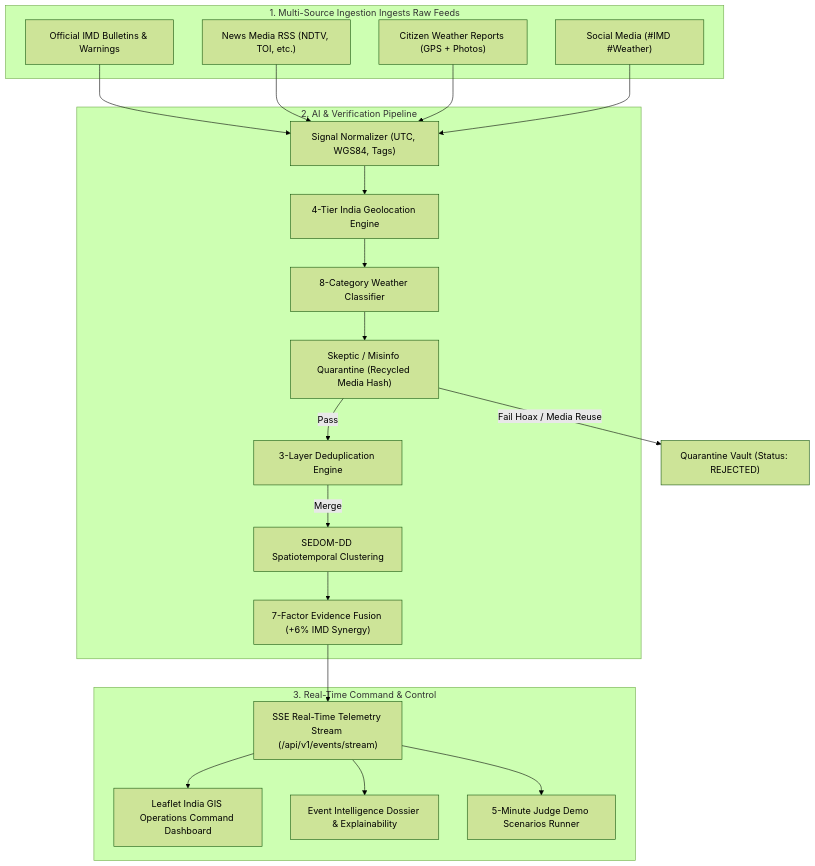
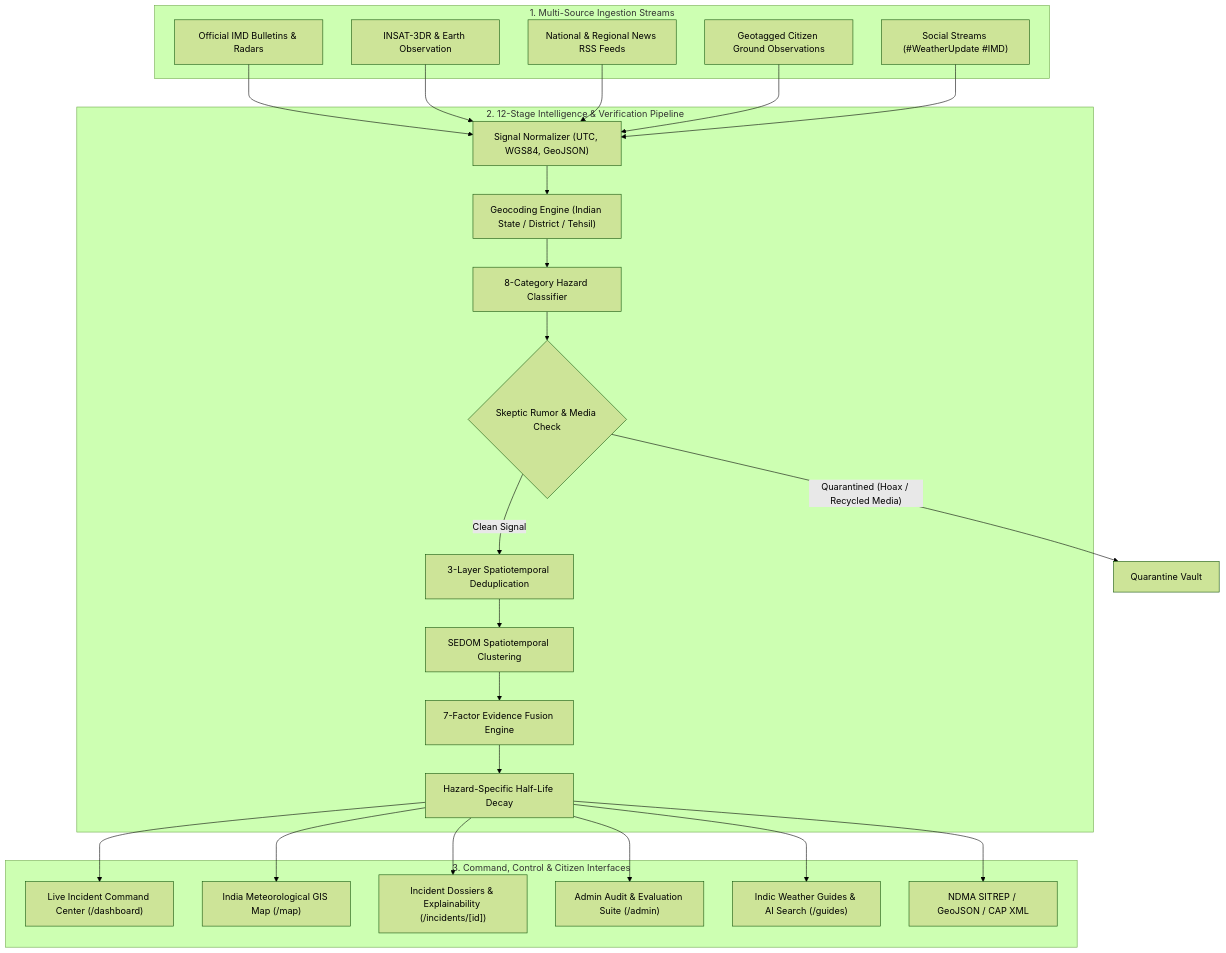
One commit to Ayush-Raj-Chourasia/AtmosAI changed the diagram in README.md. Above: the diagram before and after it, drawn with Mermaid (forest theme). The commit also changed other lines of this file, not shown here.

````diff
--- a/README.md
+++ b/README.md
@@ -40,35 +38,37 @@
 ```mermaid
 flowchart TD
-    subgraph MultiSourceIngestion ["1. Multi-Source Ingestion Ingests Raw Feeds"]
-        IMD["Official IMD Bulletins & Warnings"]
-        NEWS["News Media RSS (NDTV, TOI, etc.)"]
-        CITIZEN["Citizen Weather Reports (GPS + Photos)"]
-        SOCIAL["Social Media (#IMD #Weather)"]
+    subgraph SOURCELAYER ["1. Multi-Source Ingestion Streams"]
+        IMD["Official IMD Bulletins & Radars"]
+        SATELLITE["INSAT-3DR & Earth Observation"]
+        NEWS["National & Regional News RSS Feeds"]
+        CITIZEN["Geotagged Citizen Ground Observations"]
+        SOCIAL["Social Streams (#WeatherUpdate #IMD)"]
     end
 
-    subgraph IntelligenceCore ["2. AI & Verification Pipeline"]
-        NORM["Signal Normalizer (UTC, WGS84, Tags)"]
-        GEO["4-Tier India Geolocation Engine"]
-        CLASS["8-Category Weather Classifier"]
-        SKEPTIC["Skeptic / Misinfo Quarantine (Recycled Media Hash)"]
-        DEDUP["3-Layer Deduplication Engine"]
-        CLUSTER["SEDOM-DD Spatiotemporal Clustering"]
-        FUSION["7-Factor Evidence Fusion (+6% IMD Synergy)"]
+    subgraph PIPELINE ["2. 12-Stage Intelligence & Verification Pipeline"]
+        NORM["Signal Normalizer (UTC, WGS84, GeoJSON)"]
+        GEO["Geocoding Engine (Indian State / District / Tehsil)"]
+        CLASS["8-Category Hazard Classifier"]
+        SKEPTIC{"Skeptic Rumor & Media Check"}
+        DEDUP["3-Layer Spatiotemporal Deduplication"]
+        CLUSTER["SEDOM Spatiotemporal Clustering"]
+        FUSION["7-Factor Evidence Fusion Engine"]
+        DECAY["Hazard-Specific Half-Life Decay"]
     end
 
-    subgraph PresentationOutput ["3. Real-Time Command & Control"]
-        SSE["SSE Real-Time Telemetry Stream (/api/v1/events/stream)"]
-        GIS["Leaflet India GIS Operations Command Dashboard"]
-        DRAWER["Event Intelligence Dossier & Explainability"]
-        ADMIN["5-Minute Judge Demo Scenarios Runner"]
+    subgraph OUTPUTLAYER ["3. Command, Control & Citizen Interfaces"]
+        DASH["Live Incident Command Center (/dashboard)"]
+        MAP["India Meteorological GIS Map (/map)"]
+        DOSSIER["Incident Dossiers & Explainability (/incidents/[id])"]
+        ADMIN["Admin Audit & Evaluation Suite (/admin)"]
+        GUIDES["Indic Weather Guides & AI Search (/guides)"]
+        EXPORTS["NDMA SITREP / GeoJSON / CAP XML"]
     end
 
-    IMD & NEWS & CITIZEN & SOCIAL --> NORM
+    IMD & SATELLITE & NEWS & CITIZEN & SOCIAL --> NORM
     NORM --> GEO --> CLASS --> SKEPTIC
-    SKEPTIC -->|Pass| DEDUP
-    SKEPTIC -->|Fail Hoax / Media Reuse| QUARANTINE["Quarantine Vault (Status: REJECTED)"]
-    DEDUP -->|Merge| CLUSTER
-    CLUSTER --> FUSION
-    FUSION --> SSE
-    SSE --> GIS & DRAWER & ADMIN
+    SKEPTIC -- "Quarantined (Hoax / Recycled Media)" --> QUARANTINE["Quarantine Vault"]
+    SKEPTIC -- "Clean Signal" --> DEDUP
+    DEDUP --> CLUSTER --> FUSION --> DECAY
+    DECAY --> DASH & MAP & DOSSIER & ADMIN & GUIDES & EXPORTS
 ```
````
